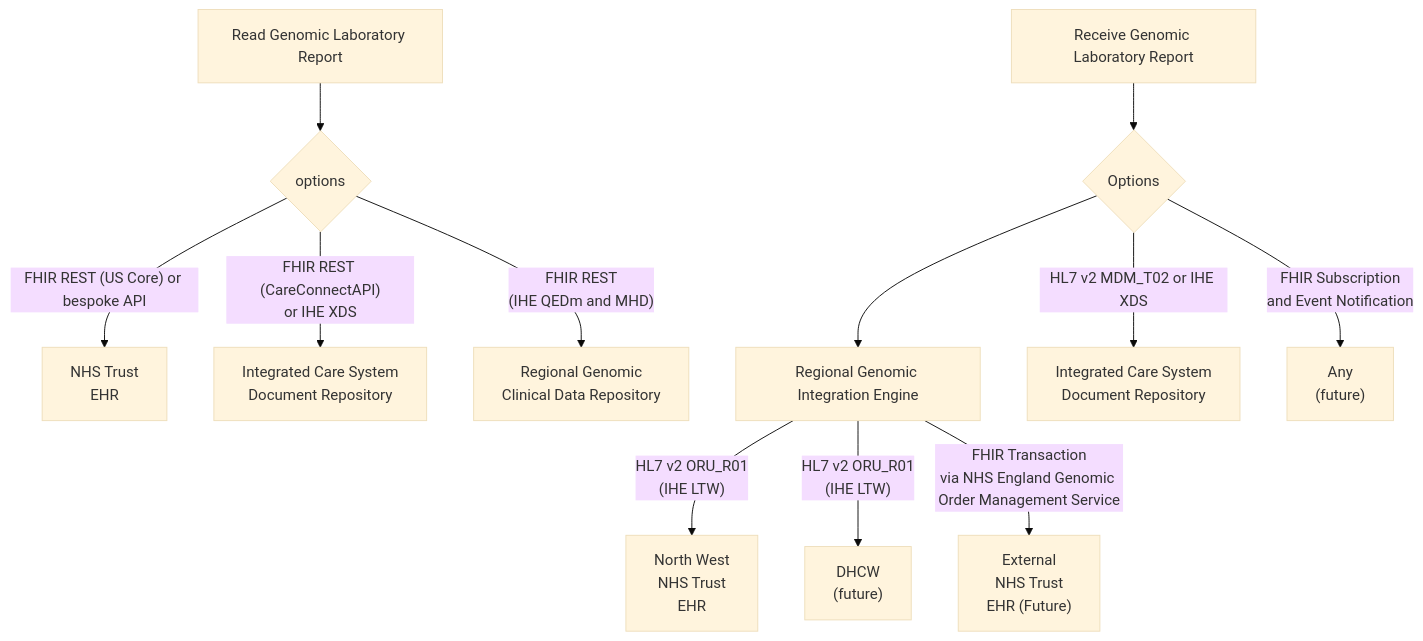
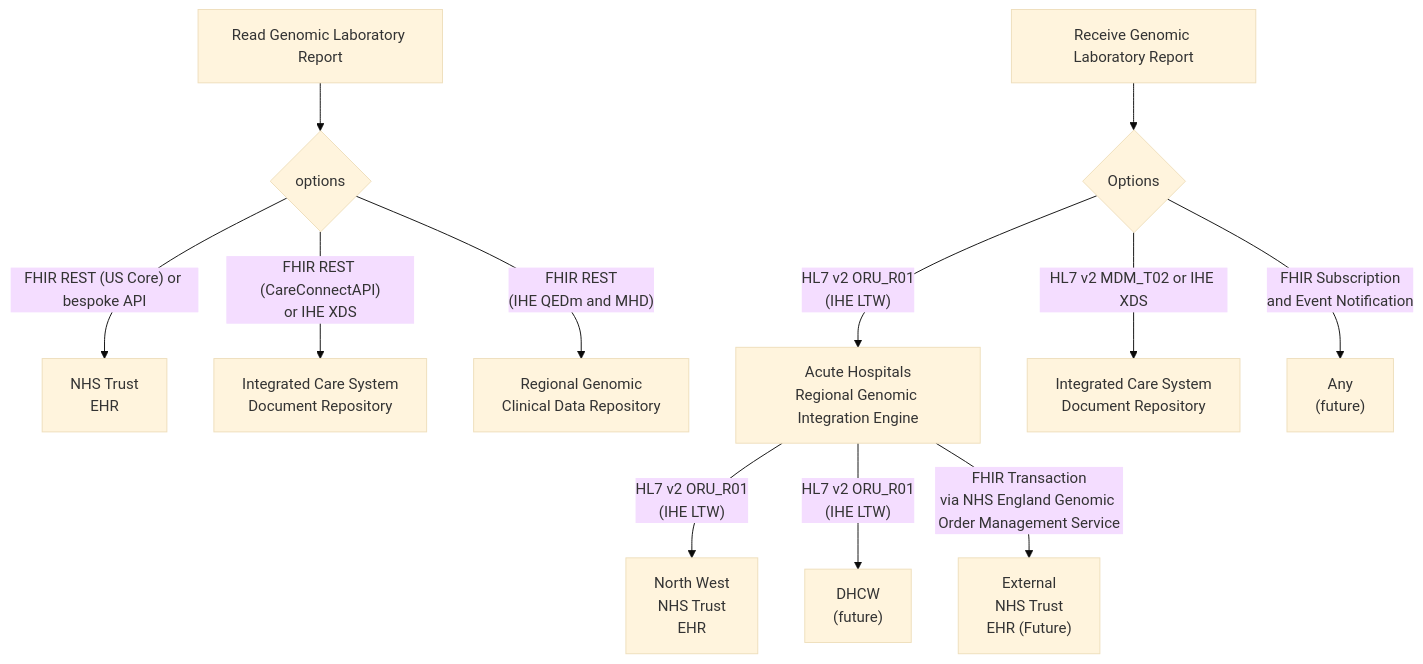
One commit to uk-gov-mirror/nw-gmsa.nw-gmsa.github.com changed the second of 3 diagrams in input/pagecontent/index.md. Above: the diagram before and after it, drawn with Mermaid (base theme). The commit also changed other lines of this file, not shown here.

Commit message:
Genomic Test Order and Report Example Scenario

````diff
--- a/input/pagecontent/index.md
+++ b/input/pagecontent/index.md
@@ -61,15 +61,15 @@
 ```mermaid
 graph TD;
     Read[Read Genomic Laboratory Report]-->O
     O{options} --> |"FHIR REST (US Core) or bespoke API"| EHR[NHS Trust<br/>EHR] 
     O --> |"FHIR REST (CareConnectAPI)<br/>or IHE XDS"| ICS[Integrated Care System <br/> Document Repository]
     O --> |"FHIR REST<br/>(IHE QEDm and MHD)"| CDR[Regional Genomic<br/> Clinical Data Repository]
 
     Receive[Receive Genomic Laboratory Report] --> OR{Options}
-    OR --> RIE[Regional Genomic Integration Engine] 
+    OR --> |"HL7 v2 ORU_R01<br/>(IHE LTW)"| RIE[Acute Hospitals<br/>Regional Genomic Integration Engine] 
     RIE--> |"HL7 v2 ORU_R01<br/>(IHE LTW)"| EHRTIE[North West<br/>NHS Trust<br/>EHR] 
     RIE--> |"HL7 v2 ORU_R01<br/>(IHE LTW)"| BOARD["DHCW<br/>(future)"]
     RIE --> |"FHIR Transaction<br/>via NHS England Genomic Order Management Service"| GOMS["External<br/>NHS Trust<br/>EHR (Future)"] 
     OR --> |HL7 v2 MDM_T02 or IHE XDS| ICSTIE[Integrated Care System <br/> Document Repository]
     OR --> |FHIR Subscription <br/> and Event Notification| Any["Any <br/>(future)"]
 ```
````
